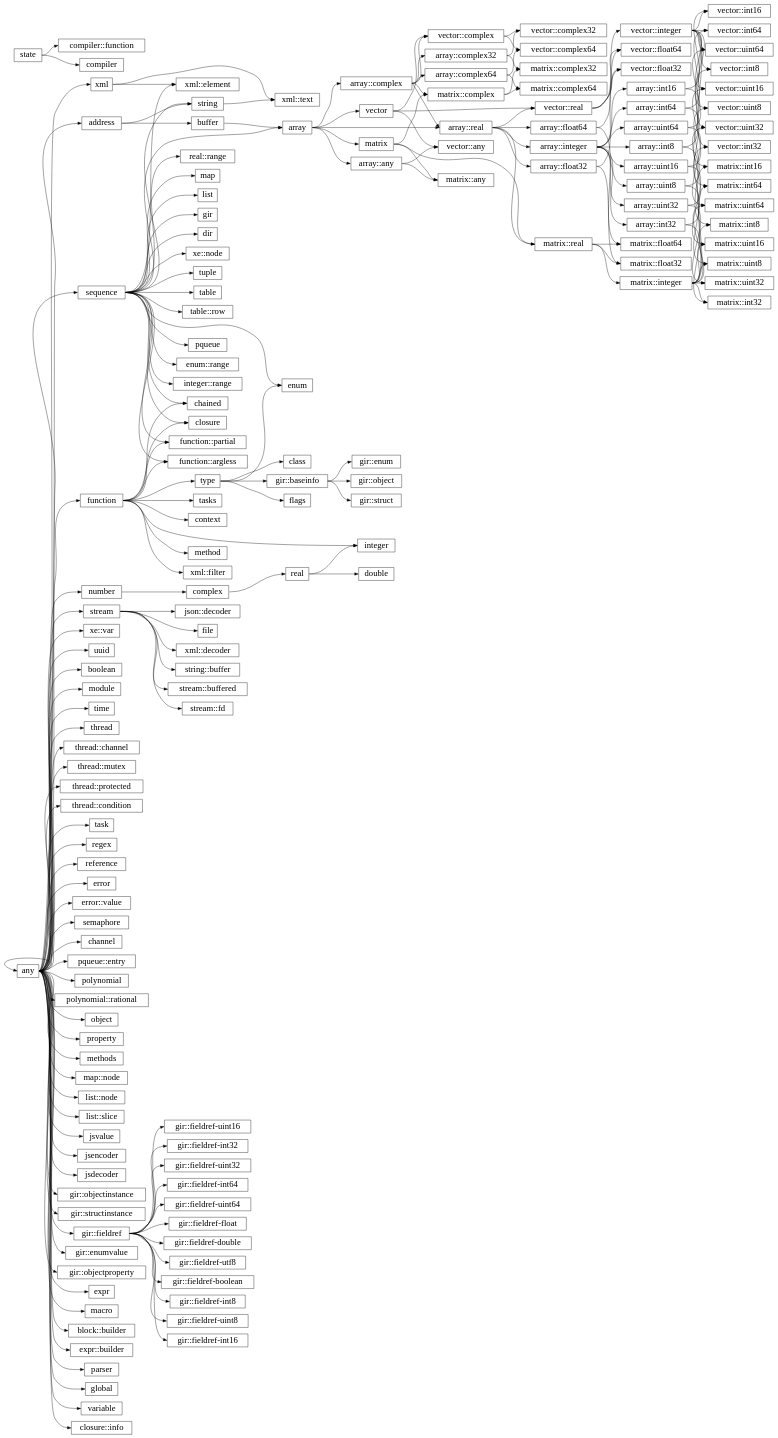
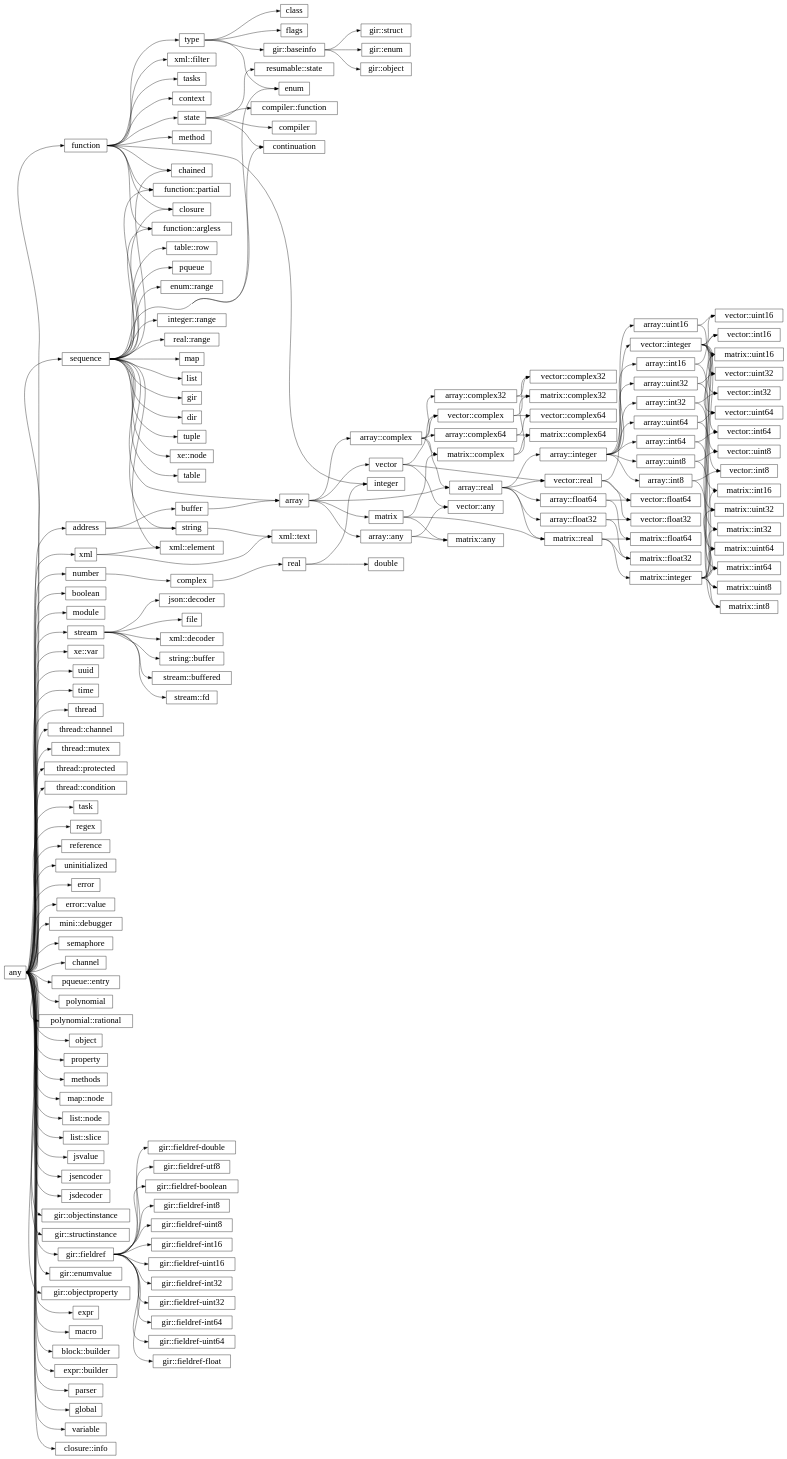
Before and after one commit to wrapl/minilang: the diagram in docs/library/hierarchy.rst, drawn with Graphviz. The commit also changed 11 other files, not shown here.

```diff
--- a/docs/library/hierarchy.rst
+++ b/docs/library/hierarchy.rst
@@ -5,7 +5,6 @@
 .. graphviz::
 
    digraph hierarchy {
-      size="180,120";
       rankdir="LR";
       fontsize="40pt"
       concentrate=true;
@@ -13,6 +12,16 @@
       packMode="node";
       outputorder="edgesfirst";
       node [shape=box,fontsize=24];
+      "any":e -> "sequence":w;
+      "any":e -> "function":w;
+      "function":e -> "type":w;
+      "function":e -> "function::partial":w;
+      "sequence":e -> "function::partial":w;
+      "function":e -> "function::argless":w;
+      "sequence":e -> "function::argless":w;
+      "sequence":e -> "tuple":w;
+      "any":e -> "boolean":w;
+      "any":e -> "module":w;
       "any":e -> "xml":w;
       "xml":e -> "xml::text":w;
       "string":e -> "xml::text":w;
@@ -23,17 +32,6 @@
       "sequence":e -> "xe::node":w;
       "any":e -> "xe::var":w;
       "any":e -> "uuid":w;
-      "any":e -> "any":w;
-      "any":e -> "sequence":w;
-      "any":e -> "function":w;
-      "function":e -> "type":w;
-      "function":e -> "function::partial":w;
-      "sequence":e -> "function::partial":w;
-      "function":e -> "function::argless":w;
-      "sequence":e -> "function::argless":w;
-      "sequence":e -> "tuple":w;
-      "any":e -> "boolean":w;
-      "any":e -> "module":w;
       "any":e -> "time":w;
       "any":e -> "thread":w;
       "any":e -> "thread::channel":w;
@@ -56,9 +54,13 @@
       "function":e -> "chained":w;
       "sequence":e -> "chained":w;
       "function":e -> "context":w;
+      "function":e -> "state":w;
+      "state":e -> "resumable::state":w;
       "any":e -> "reference":w;
+      "any":e -> "uninitialized":w;
       "any":e -> "error":w;
       "any":e -> "error::value":w;
+      "any":e -> "mini::debugger":w;
       "any":e -> "semaphore":w;
       "any":e -> "channel":w;
       "any":e -> "pqueue::entry":w;
@@ -124,6 +126,8 @@
       "any":e -> "parser":w;
       "any":e -> "global":w;
       "any":e -> "variable":w;
+      "state":e -> "continuation":w;
+      "sequence":e -> "continuation":w;
       "function":e -> "closure":w;
       "sequence":e -> "closure":w;
       "any":e -> "closure::info":w;
```
